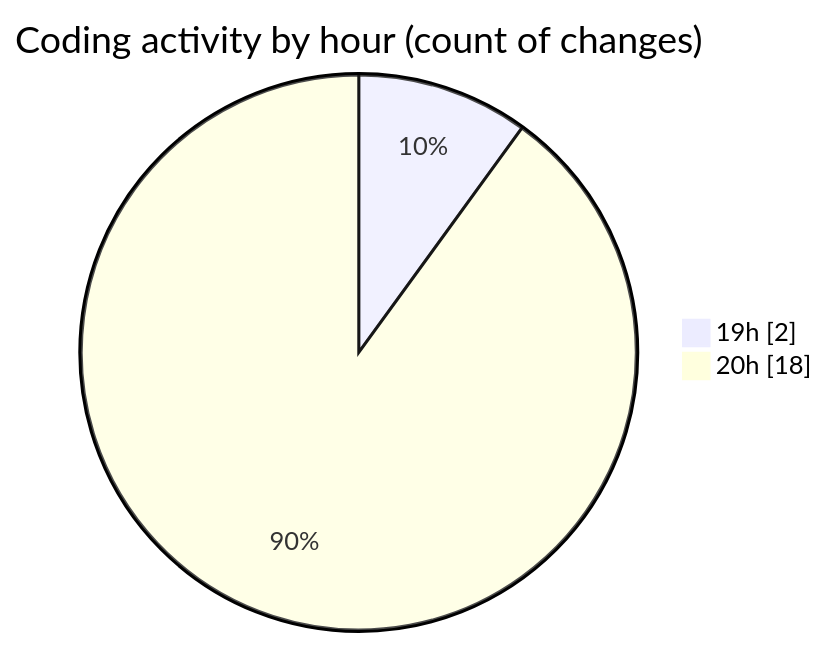
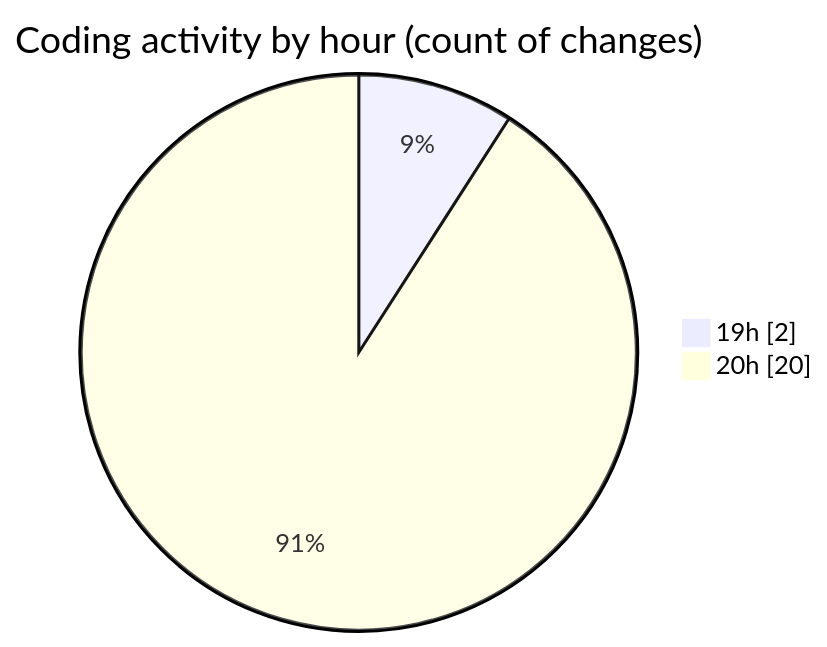
The second of 2 diagrams in 2025-04-13/autodidak/README.md (idhammustaqopulfikri/code-tracking), drawn with Mermaid before and after one commit. The commit also changed other lines of this file and 1 other file, not shown here.

````diff
--- a/2025-04-13/autodidak/README.md
+++ b/2025-04-13/autodidak/README.md
@@ -33,6 +35,6 @@
 ```mermaid
 pie showData
 title Coding activity by hour (count of changes)
 "19h" : 2
-"20h" : 18
+"20h" : 20
 ```
````
